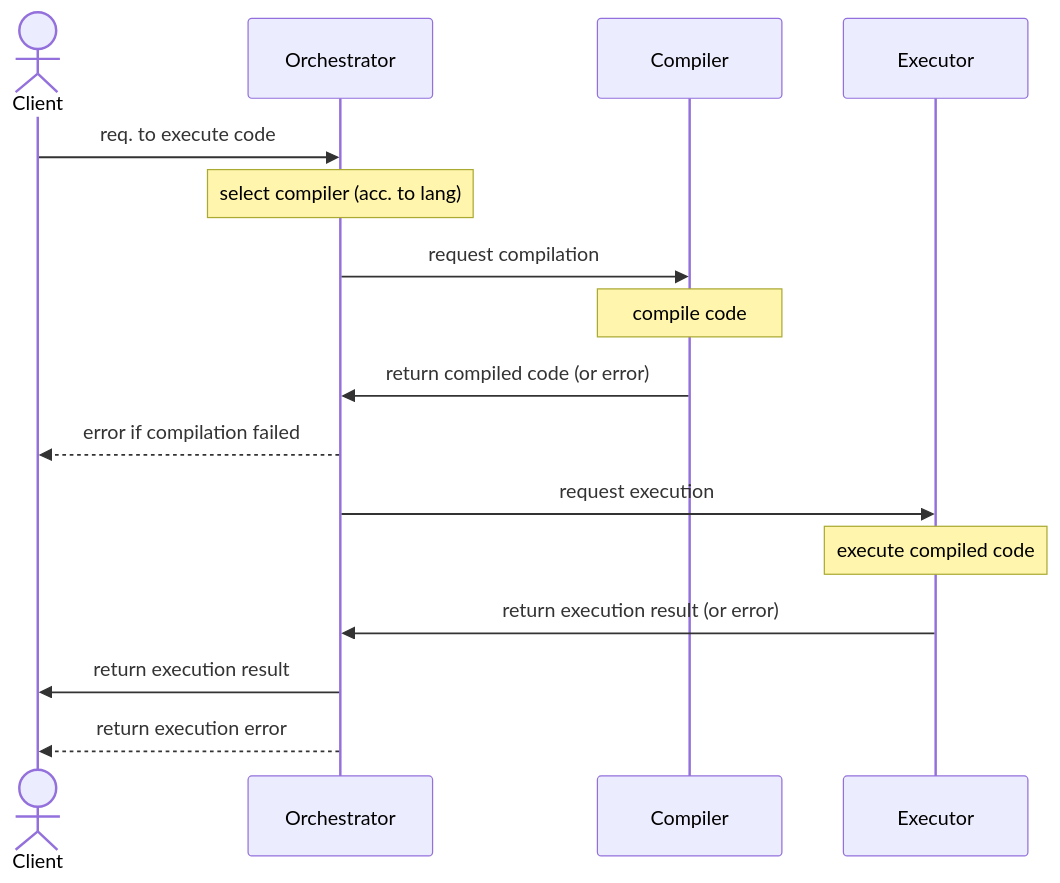
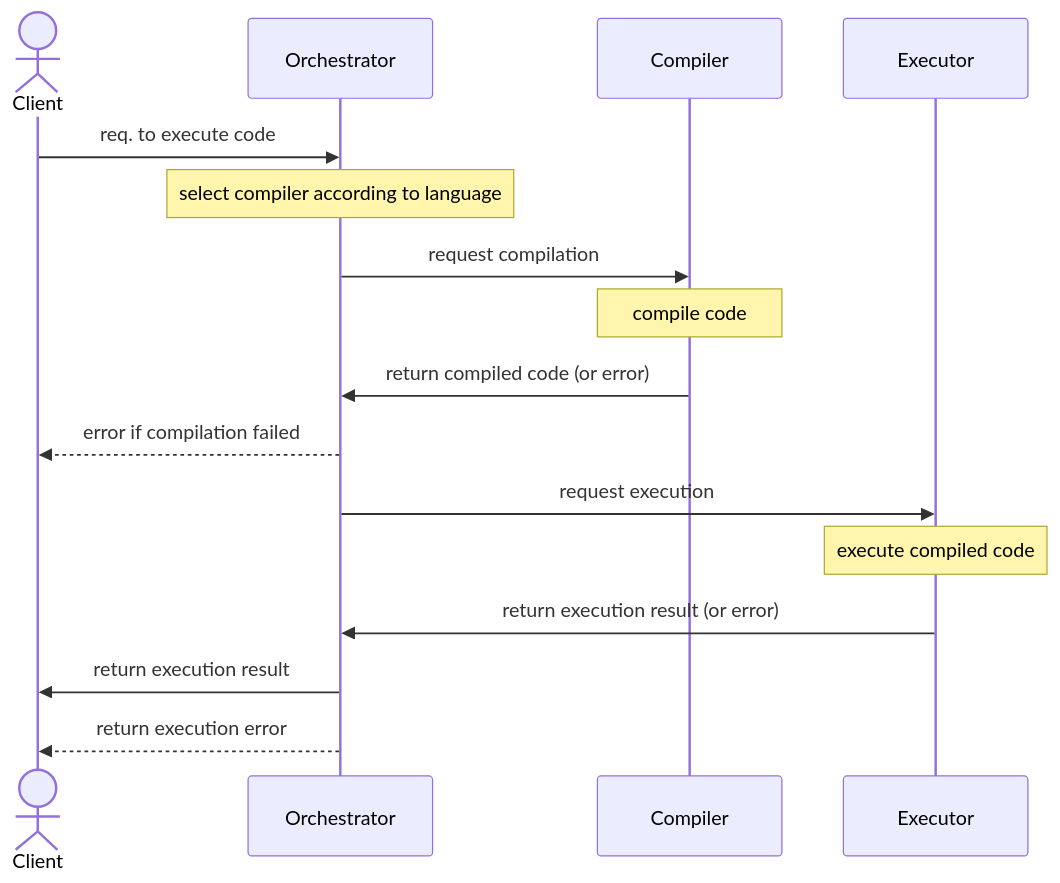
Before and after one commit to IgnisDa/codefarem: the diagram in README.md, drawn with Mermaid.

Commit message:
docs: write complete words

````diff
--- a/README.md
+++ b/README.md
@@ -11,19 +11,19 @@
 ```mermaid
 sequenceDiagram
 
     actor Client;
     participant Orchestrator;
     participant Compiler;
     participant Executor;
     Client ->> Orchestrator: req. to execute code
-    note over Orchestrator: select compiler (acc. to lang)
+    note over Orchestrator: select compiler according to language
     Orchestrator ->> Compiler: request compilation
     note over Compiler: compile code
     Compiler ->> Orchestrator: return compiled code (or error)
     Orchestrator -->> Client: error if compilation failed
     Orchestrator ->> Executor: request execution
     note over Executor: execute compiled code
     Executor ->> Orchestrator: return execution result (or error)
     Orchestrator ->> Client: return execution result
     Orchestrator -->> Client: return execution error
 ```
````
